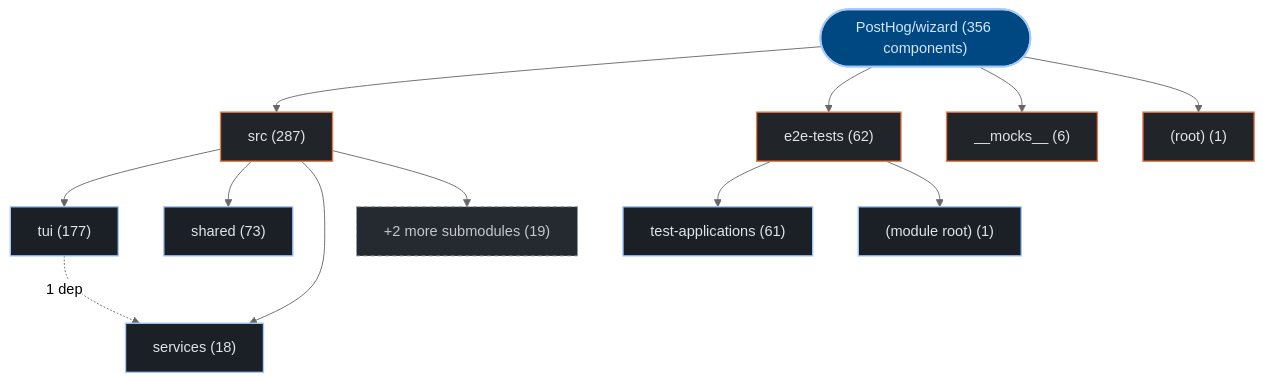
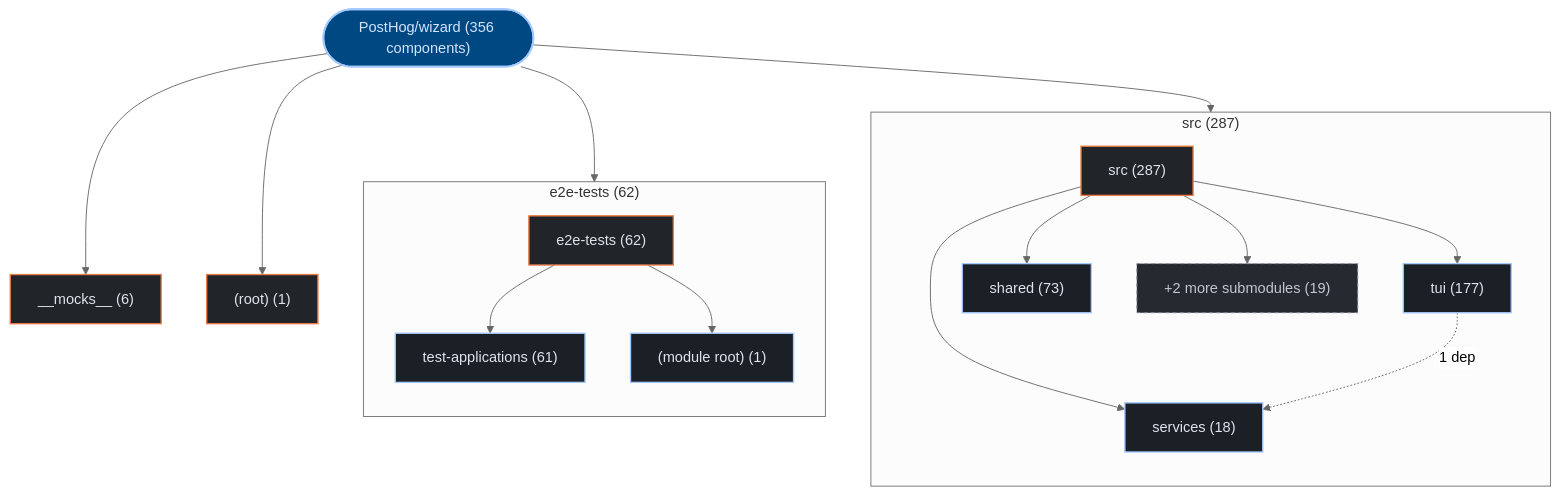
The first of 3 diagrams in exports/latest/reports/PostHog-wizard-report.md (kumarshaz/atruss-code-atlas), drawn with Mermaid (neutral theme) before and after one commit. The commit also changed 178 other files, not shown here.

Commit message:
feat(ui,mermaid): upgrade to mermaid v12 + ELK layout, add orgs-summary + pagination, subgraph building blocks, fix tab alignment

````diff
--- a/exports/latest/reports/PostHog-wizard-report.md
+++ b/exports/latest/reports/PostHog-wizard-report.md
@@ -42,32 +42,38 @@
 ```mermaid
 graph TD;
   classDef atlasRoot fill:#004882,stroke:#a3c9ff,stroke-width:2px,color:#d3e4ff
   classDef atlasCategory fill:#212428,stroke:#E87A48,stroke-width:1.5px,color:#dfe3eb
   classDef atlasWorkflow fill:#1b2026,stroke:#a3c9ff,stroke-width:1.5px,color:#dfe3eb
   classDef atlasJob fill:#171c22,stroke:#8d9199,stroke-width:1px,color:#dfe3eb
   classDef atlasTarget fill:#005227,stroke:#8bd99b,stroke-width:1.5px,color:#a7f6b6
   classDef atlasAlert fill:#93000a,stroke:#ffb4ab,stroke-width:1.5px,color:#ffdad6
   classDef atlasMore fill:#252a31,stroke:#8d9199,stroke-dasharray:4 4,color:#c3c6cf
     repo_root(["PostHog/wizard (356 components)"]):::atlasRoot
-    dir_0_src["src (287)"]:::atlasCategory
+    subgraph sg_dir_0_src["src (287)"]
+      direction TB
+      dir_0_src["src (287)"]:::atlasCategory
+      sub_0_0_tui["tui (177)"]:::atlasWorkflow
+      dir_0_src --> sub_0_0_tui
+      sub_0_1_shared["shared (73)"]:::atlasWorkflow
+      dir_0_src --> sub_0_1_shared
+      sub_0_2_services["services (18)"]:::atlasWorkflow
+      dir_0_src --> sub_0_2_services
+      sub_0_more["+2 more submodules (19)"]:::atlasMore
+      dir_0_src --> sub_0_more
+    end
     repo_root --> dir_0_src
-    sub_0_0_tui["tui (177)"]:::atlasWorkflow
-    dir_0_src --> sub_0_0_tui
-    sub_0_1_shared["shared (73)"]:::atlasWorkflow
-    dir_0_src --> sub_0_1_shared
-    sub_0_2_services["services (18)"]:::atlasWorkflow
-    dir_0_src --> sub_0_2_services
-    sub_0_more["+2 more submodules (19)"]:::atlasMore
-    dir_0_src --> sub_0_more
-    dir_1_e2e_tests["e2e-tests (62)"]:::atlasCategory
+    subgraph sg_dir_1_e2e_tests["e2e-tests (62)"]
+      direction TB
+      dir_1_e2e_tests["e2e-tests (62)"]:::atlasCategory
+      sub_1_0_test_applications["test-applications (61)"]:::atlasWorkflow
+      dir_1_e2e_tests --> sub_1_0_test_applications
+      sub_1_1__module_root_["(module root) (1)"]:::atlasWorkflow
+      dir_1_e2e_tests --> sub_1_1__module_root_
+    end
     repo_root --> dir_1_e2e_tests
-    sub_1_0_test_applications["test-applications (61)"]:::atlasWorkflow
-    dir_1_e2e_tests --> sub_1_0_test_applications
-    sub_1_1__module_root_["(module root) (1)"]:::atlasWorkflow
-    dir_1_e2e_tests --> sub_1_1__module_root_
     dir_2___mocks__["__mocks__ (6)"]:::atlasCategory
     repo_root --> dir_2___mocks__
     dir_3__root_["(root) (1)"]:::atlasCategory
     repo_root --> dir_3__root_
     sub_0_0_tui -.->|"1 dep"| sub_0_2_services
 ```
````
